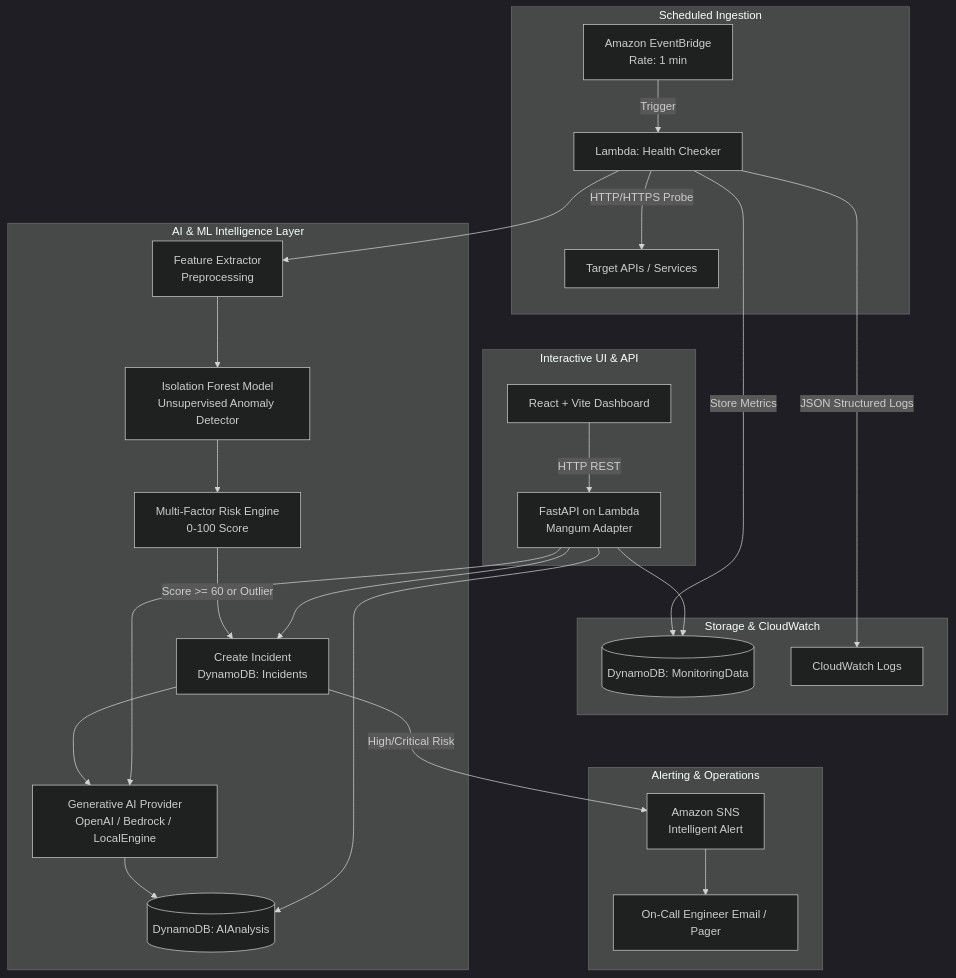
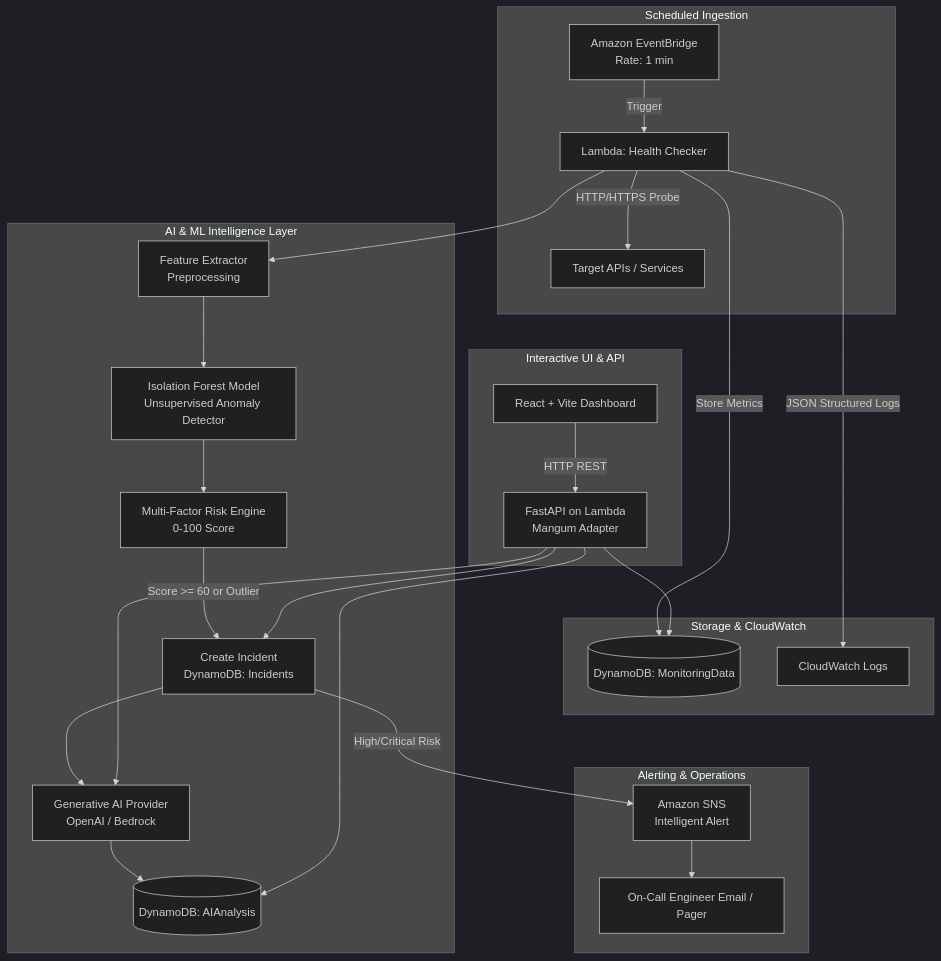
One commit to dinu-vishruth/AI-Serverless-Monitoring-System changed the diagram in PROJECT_GUIDE.md. Above: the diagram before and after it, drawn with Mermaid (dark theme). The commit also changed other lines of this file and 30 other files, not shown here.

````diff
--- a/PROJECT_GUIDE.md
+++ b/PROJECT_GUIDE.md
@@ -29,34 +29,34 @@
 ```mermaid
 graph TD
     subgraph "Scheduled Ingestion"
         EB[Amazon EventBridge\nRate: 1 min] -->|Trigger| HC[Lambda: Health Checker]
         HC -->|HTTP/HTTPS Probe| TARGETS[Target APIs / Services]
     end
 
     subgraph "Storage & CloudWatch"
         HC -->|Store Metrics| DDB_M[(DynamoDB: MonitoringData)]
         HC -->|JSON Structured Logs| CW[CloudWatch Logs]
     end
 
     subgraph "AI & ML Intelligence Layer"
         HC --> ML_PREP[Feature Extractor\nPreprocessing]
         ML_PREP --> IF[Isolation Forest Model\nUnsupervised Anomaly Detector]
         IF --> RISK[Multi-Factor Risk Engine\n0-100 Score]
         RISK -->|Score >= 60 or Outlier| INC_CREATE[Create Incident\nDynamoDB: Incidents]
-        INC_CREATE --> LLM[Generative AI Provider\nOpenAI / Bedrock / LocalEngine]
+        INC_CREATE --> LLM[Generative AI Provider\nOpenAI / Bedrock]
         LLM --> AIDB[(DynamoDB: AIAnalysis)]
     end
 
     subgraph "Alerting & Operations"
         INC_CREATE -->|High/Critical Risk| SNS[Amazon SNS\nIntelligent Alert]
         SNS --> EMAIL[On-Call Engineer Email / Pager]
     end
 
     subgraph "Interactive UI & API"
         REACT[React + Vite Dashboard] -->|HTTP REST| FASTAPI[FastAPI on Lambda\nMangum Adapter]
         FASTAPI --> DDB_M
         FASTAPI --> AIDB
         FASTAPI --> INC_CREATE
         FASTAPI --> LLM
     end
 ```
````
